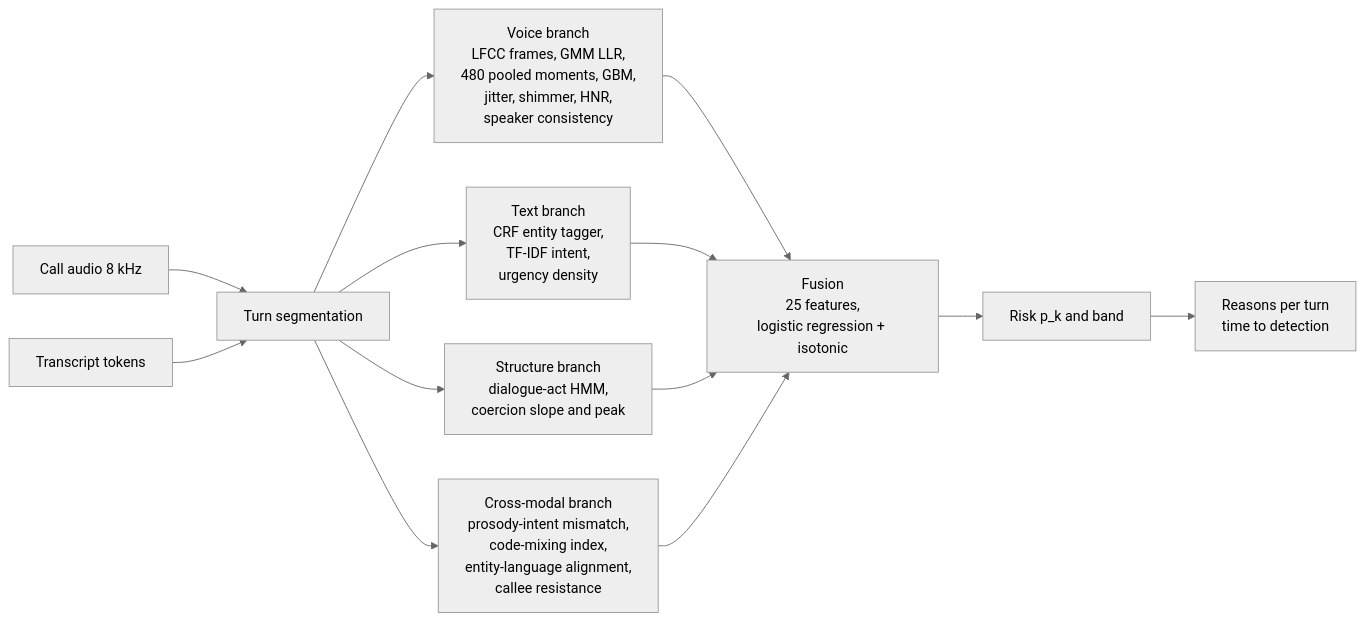
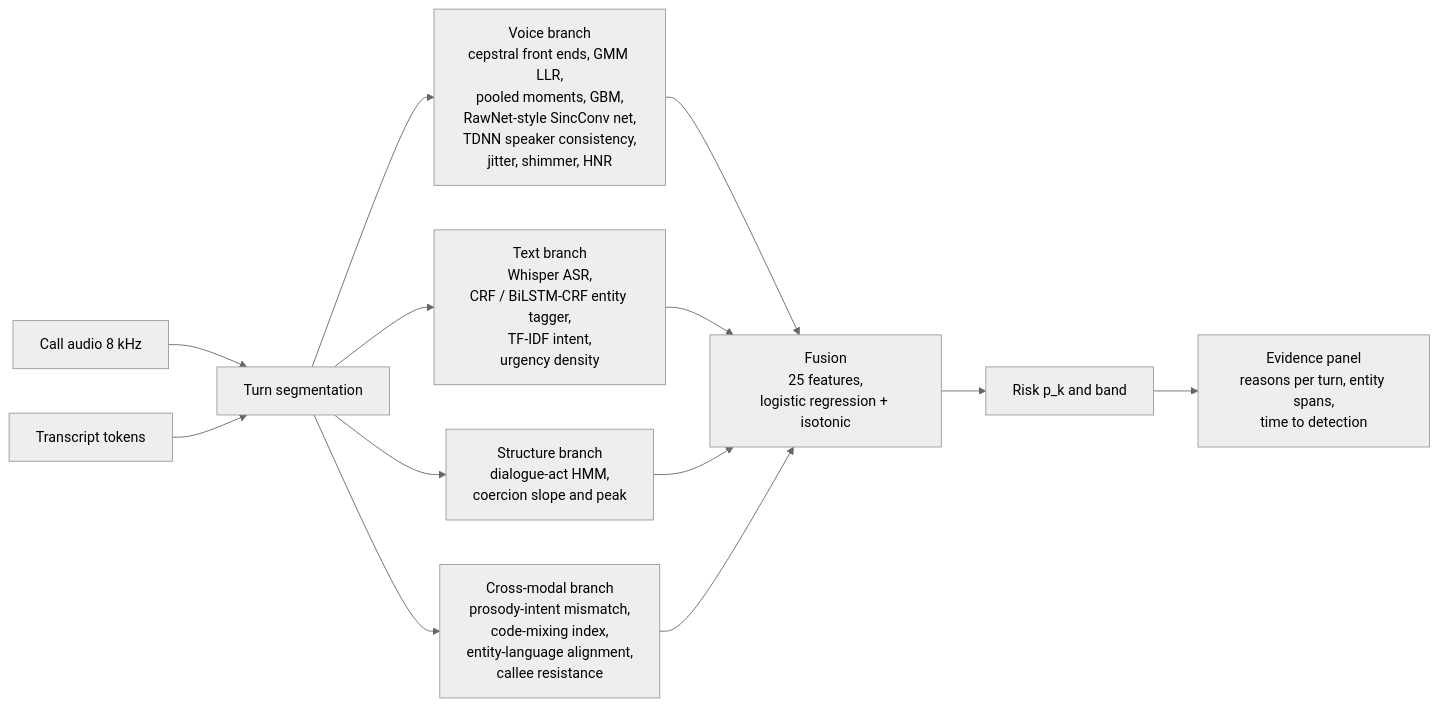
Before and after one commit to BhavyeNijhawan/svarkavach: the second of 5 diagrams in docs/PROJECT_REPORT.md, drawn with Mermaid (neutral theme). The commit also changed other lines of this file and 11 other files, not shown here.

````diff
--- a/docs/PROJECT_REPORT.md
+++ b/docs/PROJECT_REPORT.md
@@ -280,15 +245,15 @@
 ```mermaid
 flowchart LR
     A[Call audio 8 kHz] --> B[Turn segmentation]
     T[Transcript tokens] --> B
-    B --> V[Voice branch<br/>LFCC frames, GMM LLR,<br/>480 pooled moments, GBM,<br/>jitter, shimmer, HNR,<br/>speaker consistency]
-    B --> I[Text branch<br/>CRF entity tagger,<br/>TF-IDF intent,<br/>urgency density]
+    B --> V[Voice branch<br/>cepstral front ends, GMM LLR,<br/>pooled moments, GBM,<br/>RawNet-style SincConv net,<br/>TDNN speaker consistency,<br/>jitter, shimmer, HNR]
+    B --> I[Text branch<br/>Whisper ASR,<br/>CRF / BiLSTM-CRF entity tagger,<br/>TF-IDF intent,<br/>urgency density]
     B --> S[Structure branch<br/>dialogue-act HMM,<br/>coercion slope and peak]
     B --> X[Cross-modal branch<br/>prosody-intent mismatch,<br/>code-mixing index,<br/>entity-language alignment,<br/>callee resistance]
     V --> F[Fusion<br/>25 features,<br/>logistic regression + isotonic]
     I --> F
     S --> F
     X --> F
     F --> R[Risk p_k and band]
-    R --> E[Reasons per turn<br/>time to detection]
+    R --> E[Evidence panel<br/>reasons per turn, entity spans,<br/>time to detection]
 ```
````
